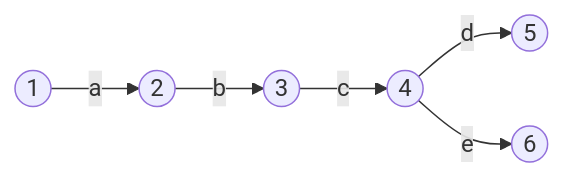
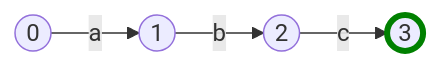
One commit to LeweyM/LeweyM.github.io changed the first of 5 diagrams in personal-site/content/series/making regex from scratch in GO/06-Pretty-Vizualizations.md. Above: the diagram before and after it, drawn with Mermaid. The commit also changed other lines of this file and 1 other file, not shown here.

Commit message:
[GHA] Update personal-site content.

````diff
--- a/personal-site/content/series/making regex from scratch in GO/06-Pretty-Vizualizations.md
+++ b/personal-site/content/series/making regex from scratch in GO/06-Pretty-Vizualizations.md
@@ -21,12 +21,8 @@
 ```mermaid
 graph LR
-10((1)) --a-->
-
-20((2)) --b-->
-
-30((3)) --c-->
-
-40((4)) --d--> 50((5))
-
-40((4)) --e--> 60((6))
+	0((0)) --a--> 1((1))
+	1((1)) --b--> 2((2))
+	2((2)) --c--> 3((3))
+	
+	style 3 stroke:green,stroke-width:4px;
 ```
````
